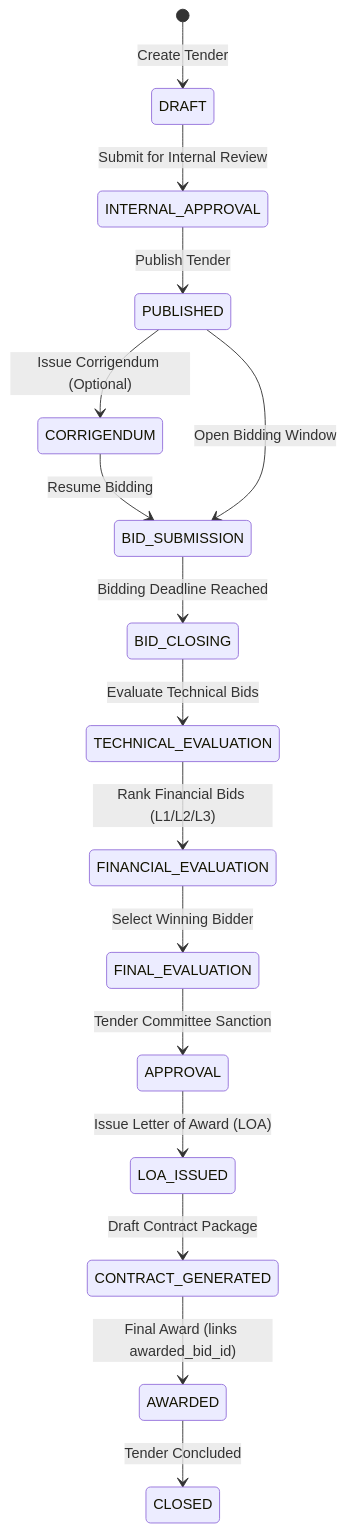
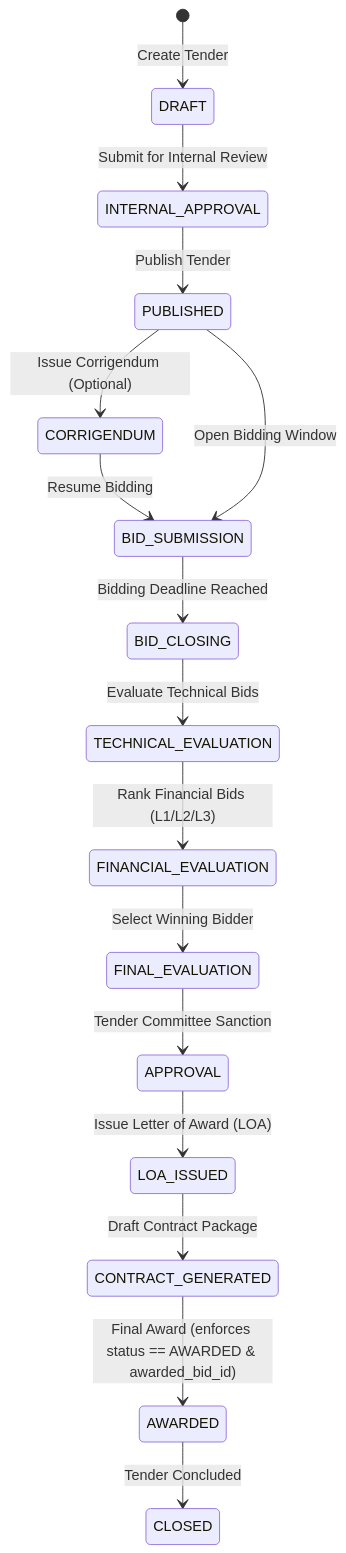
The second of 2 diagrams in README.md (chavaliadi/sm), drawn with Mermaid before and after one commit. The commit also changed other lines of this file, not shown here.

````diff
--- a/README.md
+++ b/README.md
@@ -50,18 +54,18 @@
 ```mermaid
 stateDiagram-v2
     [*] --> DRAFT : Create Tender
     DRAFT --> INTERNAL_APPROVAL : Submit for Internal Review
     INTERNAL_APPROVAL --> PUBLISHED : Publish Tender
     PUBLISHED --> CORRIGENDUM : Issue Corrigendum (Optional)
     CORRIGENDUM --> BID_SUBMISSION : Resume Bidding
     PUBLISHED --> BID_SUBMISSION : Open Bidding Window
     BID_SUBMISSION --> BID_CLOSING : Bidding Deadline Reached
     BID_CLOSING --> TECHNICAL_EVALUATION : Evaluate Technical Bids
     TECHNICAL_EVALUATION --> FINANCIAL_EVALUATION : Rank Financial Bids (L1/L2/L3)
     FINANCIAL_EVALUATION --> FINAL_EVALUATION : Select Winning Bidder
     FINAL_EVALUATION --> APPROVAL : Tender Committee Sanction
     APPROVAL --> LOA_ISSUED : Issue Letter of Award (LOA)
     LOA_ISSUED --> CONTRACT_GENERATED : Draft Contract Package
-    CONTRACT_GENERATED --> AWARDED : Final Award (links awarded_bid_id)
+    CONTRACT_GENERATED --> AWARDED : Final Award (enforces status == AWARDED & awarded_bid_id)
     AWARDED --> CLOSED : Tender Concluded
 ```
````
